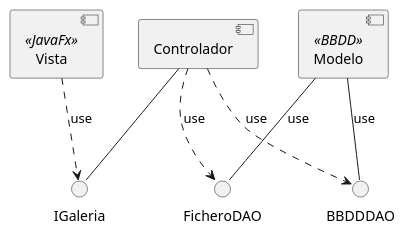
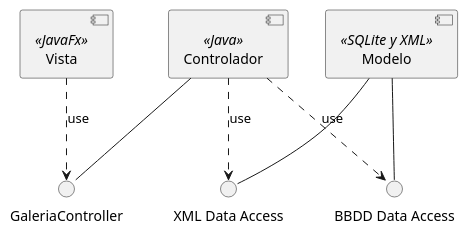
One commit to Mazin04/3aEvalucionPractica changed the diagram in doc/modeloArquitectonico.pu. Above: the diagram before and after it, drawn with PlantUML. The commit also changed 2 other files, not shown here.

```diff
--- a/doc/modeloArquitectonico.pu
+++ b/doc/modeloArquitectonico.pu
@@ -1,24 +1,20 @@
-@startuml Modelo arquitectónico alto nivel
+@startuml arquitectura
 
 top to bottom direction
 
 component Vista << JavaFx >>
-component Modelo <<BBDD>>
-component Controlador
+component Controlador << Java >>
+component Modelo << SQLite y XML >>
 
+() "GaleriaController" as GC
+() "BBDD Data Access" as BD
+() "XML Data Access" as XM
 
-() "IGaleria" as IGA
-() "BBDDDAO" as BDDAO
-() "FicheroDAO" as FDAO
-
-Vista ..> IGA : use
-
-Controlador -- IGA
-Controlador ..> FDAO : use
-Controlador ..> BDDAO : use
-
-Modelo -- BDDAO : use
-Modelo -- FDAO : use
-
+Vista ..> GC: use
+Controlador -- GC
+Modelo -- BD
+Modelo -- XM
+Controlador ..> BD: use
+Controlador ..> XM: use
 
 @enduml
```
